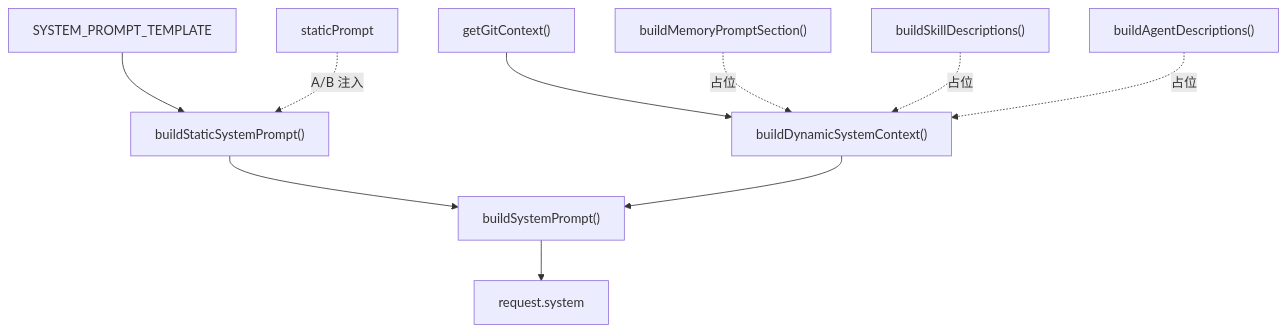
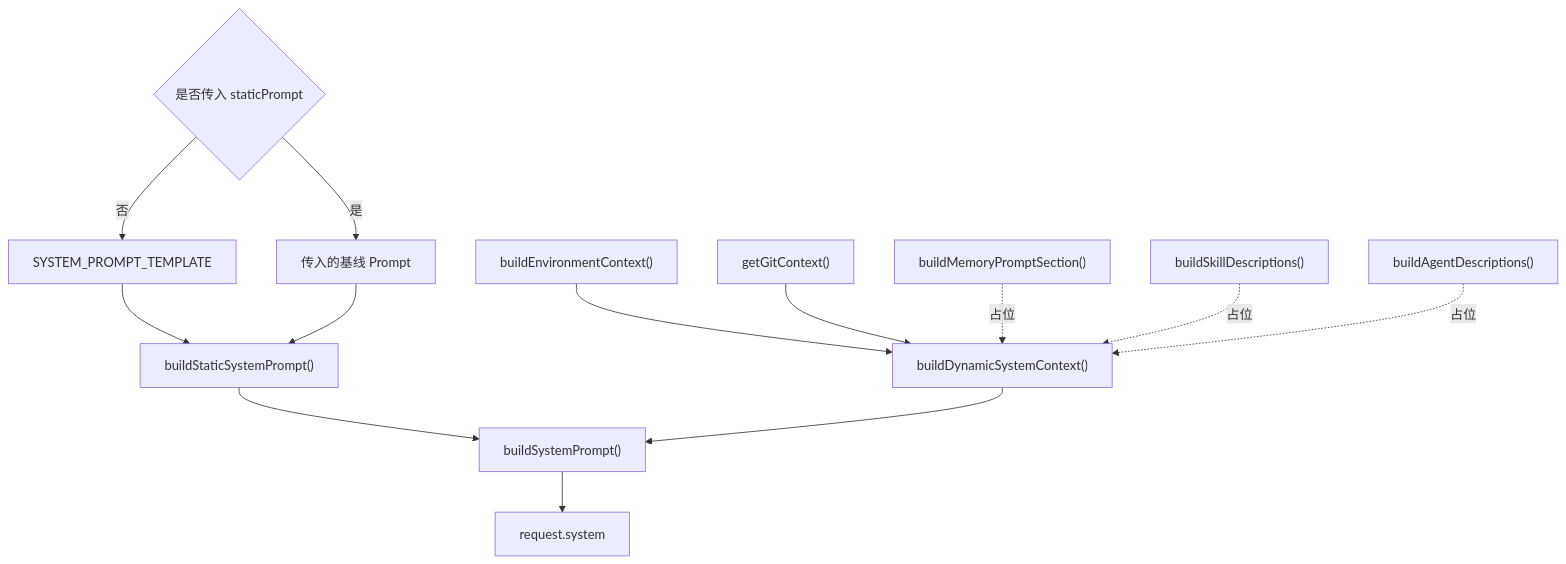
One commit to wenxuezj-design/mo-code changed the first of 2 diagrams in docs/notes/0.3 System Prompt工程.md. Above: the diagram before and after it, drawn with Mermaid. The commit also changed other lines of this file and 1 other file, not shown here.

Commit message:
feat: 调整流程图，封装 buildEnvironmentContext 方法

````diff
--- a/docs/notes/0.3 System Prompt工程.md
+++ b/docs/notes/0.3 System Prompt工程.md
@@ -17,14 +17,18 @@
 ```mermaid
 flowchart TD
-  TEMPLATE["SYSTEM_PROMPT_TEMPLATE"] --> STATIC["buildStaticSystemPrompt()"]
-  BASELINE["staticPrompt"] -.->|A/B 注入| STATIC
+  INPUT{"是否传入 staticPrompt"}
+  INPUT -->|否| TEMPLATE["SYSTEM_PROMPT_TEMPLATE"]
+  INPUT -->|是| BASELINE["传入的基线 Prompt"]
+  TEMPLATE --> STATIC["buildStaticSystemPrompt()"]
+  BASELINE --> STATIC
   STATIC --> SYSTEM["buildSystemPrompt()"]
 
-  GIT["getGitContext()"] --> DYNAMIC["buildDynamicSystemContext()"]
+  ENV["buildEnvironmentContext()"] --> DYNAMIC["buildDynamicSystemContext()"]
+  GIT["getGitContext()"] --> DYNAMIC
   MEMORY["buildMemoryPromptSection()"] -.->|占位| DYNAMIC
   SKILLS["buildSkillDescriptions()"] -.->|占位| DYNAMIC
   AGENTS["buildAgentDescriptions()"] -.->|占位| DYNAMIC
   DYNAMIC --> SYSTEM
 
   SYSTEM --> SYSTEM_FIELD["request.system"]
 ```
````
